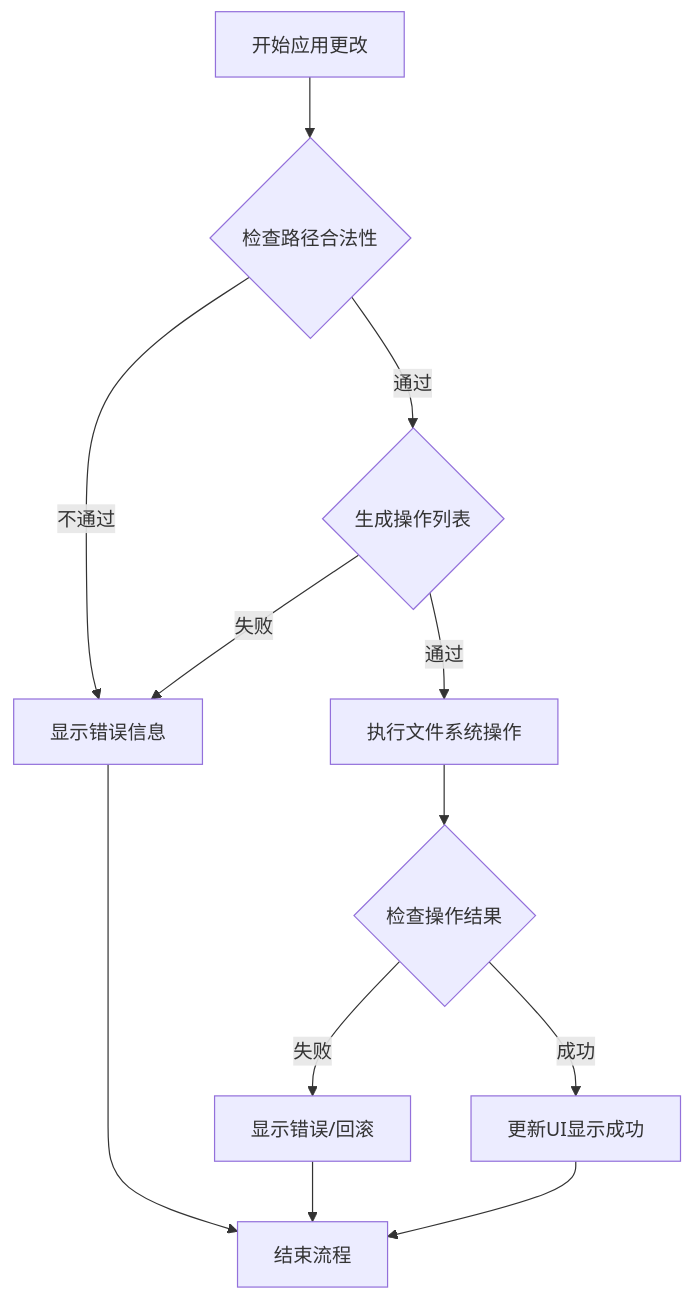
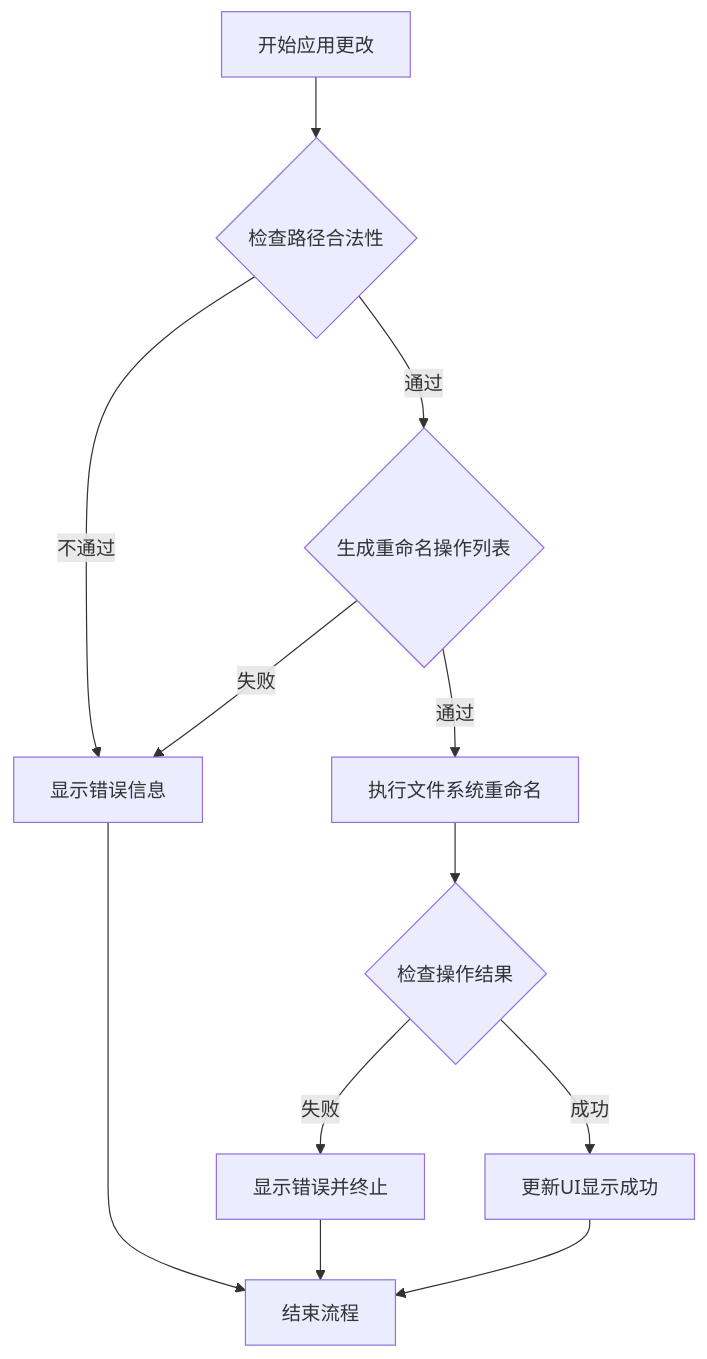
The third of 5 diagrams in docs/10-technical-solution-design.md (chess99/TreeNamer), drawn with Mermaid before and after one commit. The commit also changed other lines of this file and 21 other files, not shown here.

````diff
--- a/docs/10-technical-solution-design.md
+++ b/docs/10-technical-solution-design.md
@@ -245,14 +268,14 @@
 ```mermaid
 flowchart TD
     A[开始应用更改] --> B{检查路径合法性}
     B -->|不通过| E[显示错误信息]
-    B -->|通过| C{生成操作列表}
+    B -->|通过| C{生成重命名操作列表}
     C -->|失败| E
-    C -->|通过| F[执行文件系统操作]
+    C -->|通过| F[执行文件系统重命名]
     F --> G{检查操作结果}
-    G -->|失败| H[显示错误/回滚]
+    G -->|失败| H[显示错误并终止]
     G -->|成功| I[更新UI显示成功]
     E --> Z[结束流程]
     H --> Z
     I --> Z
 ```
````
